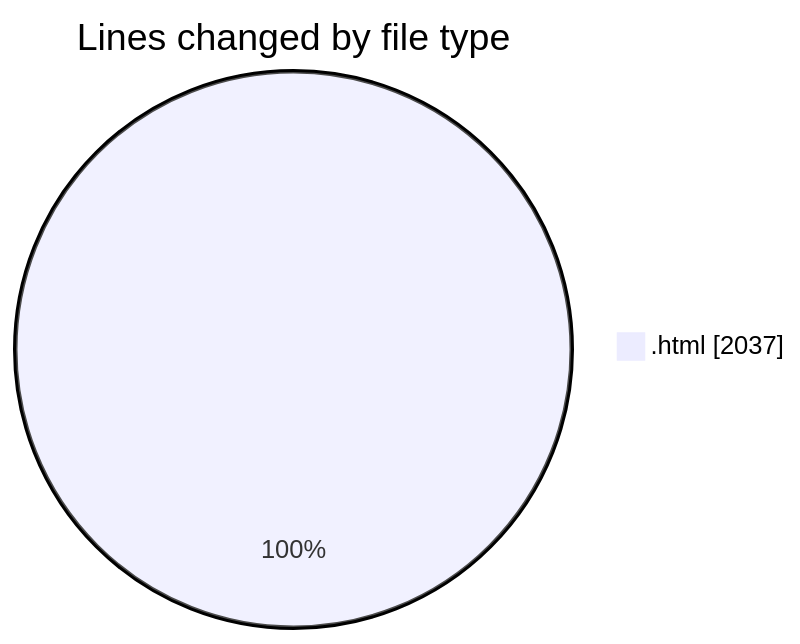
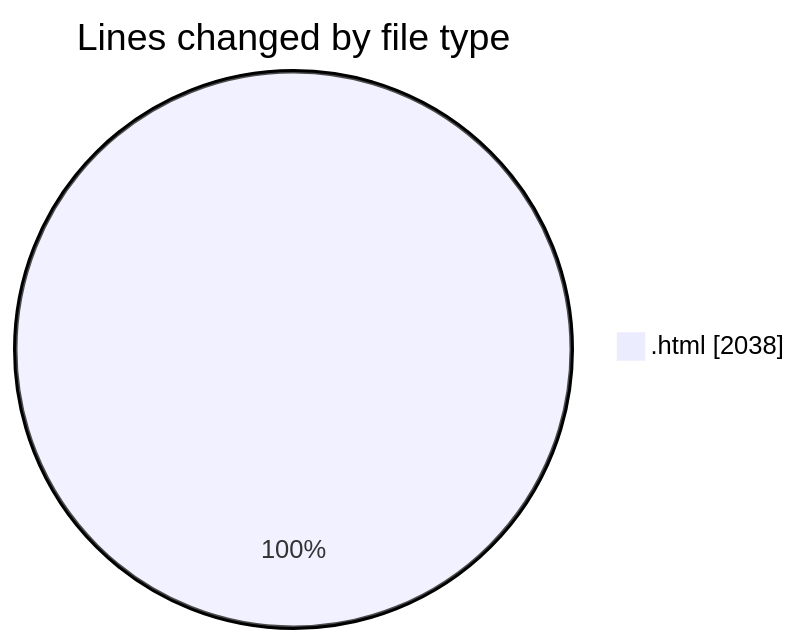
Before and after one commit to Ritupan-Deka/code-tracking: the first of 2 diagrams in 2025-06-17/projects/README.md, drawn with Mermaid. The commit also changed other lines of this file and 1 other file, not shown here.

````diff
--- a/2025-06-17/projects/README.md
+++ b/2025-06-17/projects/README.md
@@ -21,5 +21,5 @@
 ```mermaid
 pie showData
 title Lines changed by file type
-".html" : 2037
+".html" : 2038
 ```
````
